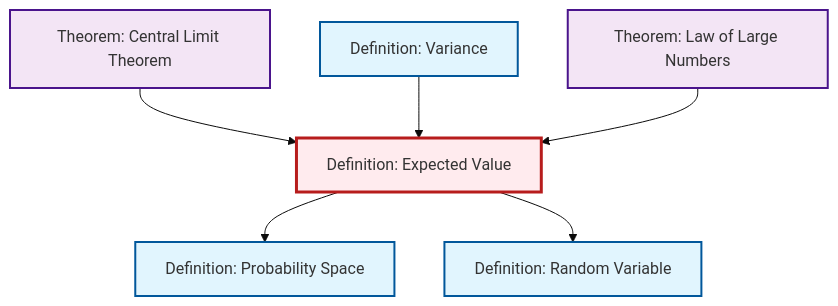
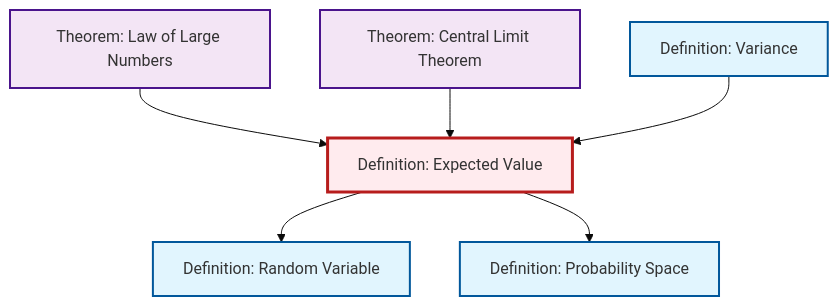
One commit to RK0429/ModernMath changed the second of 2 diagrams in content/ja/probability-statistics/def-expectation.qmd. Above: the diagram before and after it, drawn with Mermaid (base theme). The commit also changed other lines of this file and 619 other files, not shown here.

````diff
--- a/content/ja/probability-statistics/def-expectation.qmd
+++ b/content/ja/probability-statistics/def-expectation.qmd
@@ -88,26 +88,26 @@
 ```{mermaid}
 %%| fig-cap: "Local dependency graph"
 graph TD
     classDef definition fill:#e1f5fe,stroke:#01579b,stroke-width:2px
     classDef theorem fill:#f3e5f5,stroke:#4a148c,stroke-width:2px
     classDef axiom fill:#fff3e0,stroke:#e65100,stroke-width:2px
     classDef example fill:#e8f5e9,stroke:#1b5e20,stroke-width:2px
     classDef current fill:#ffebee,stroke:#b71c1c,stroke-width:3px
+    thm-central-limit["Theorem: Central Limit Theorem"]:::theorem
+    thm-law-of-large-numbers["Theorem: Law of Large Numbers"]:::theorem
+    def-expectation["Definition: Expected Value"]:::definition
     def-probability-space["Definition: Probability Space"]:::definition
-    thm-law-of-large-numbers["Theorem: Law of Large Numbers"]:::theorem
+    def-random-variable["Definition: Random Variable"]:::definition
     def-variance["Definition: Variance"]:::definition
-    def-expectation["Definition: Expected Value"]:::definition
-    def-random-variable["Definition: Random Variable"]:::definition
-    thm-central-limit["Theorem: Central Limit Theorem"]:::theorem
+    def-expectation --> def-random-variable
+    thm-law-of-large-numbers --> def-expectation
     thm-central-limit --> def-expectation
+    def-expectation --> def-probability-space
     def-variance --> def-expectation
-    thm-law-of-large-numbers --> def-expectation
-    def-expectation --> def-probability-space
-    def-expectation --> def-random-variable
     class def-expectation current
+    click thm-central-limit "thm-central-limit.html" "Theorem: Central Limit Theoremへ"
+    click thm-law-of-large-numbers "thm-law-of-large-numbers.html" "Theorem: Law of Large Numbersへ"
     click def-probability-space "def-probability-space.html" "Definition: Probability Spaceへ"
-    click thm-law-of-large-numbers "thm-law-of-large-numbers.html" "Theorem: Law of Large Numbersへ"
+    click def-random-variable "def-random-variable.html" "Definition: Random Variableへ"
     click def-variance "def-variance.html" "Definition: Varianceへ"
-    click def-random-variable "def-random-variable.html" "Definition: Random Variableへ"
-    click thm-central-limit "thm-central-limit.html" "Theorem: Central Limit Theoremへ"
 ```
````
